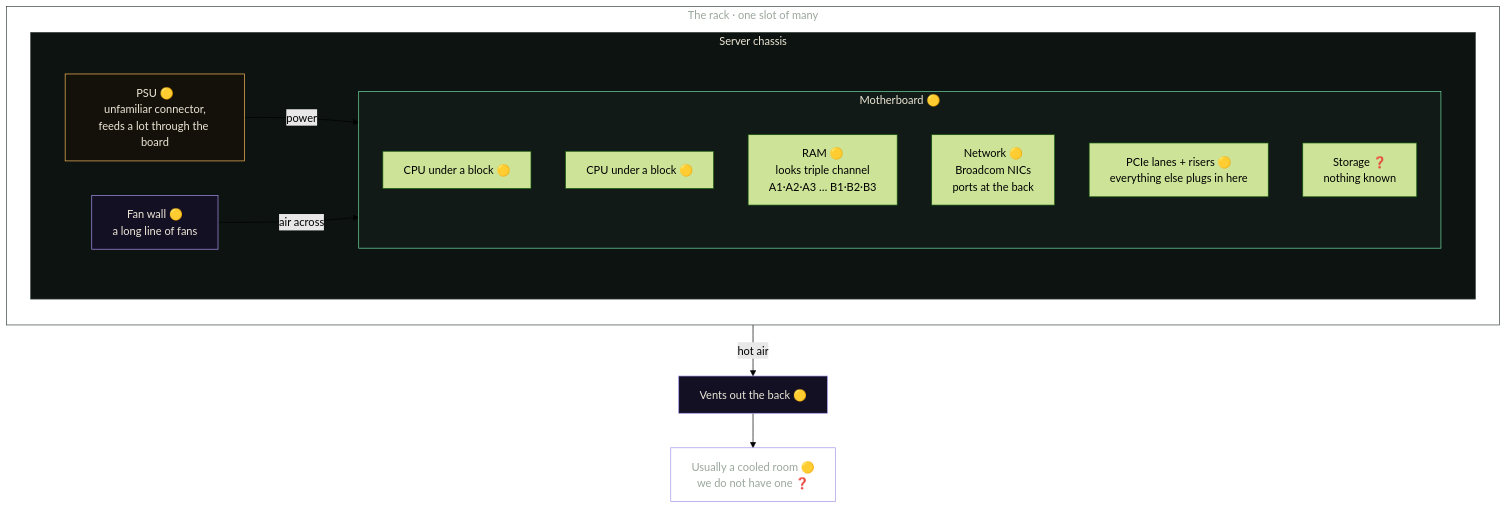
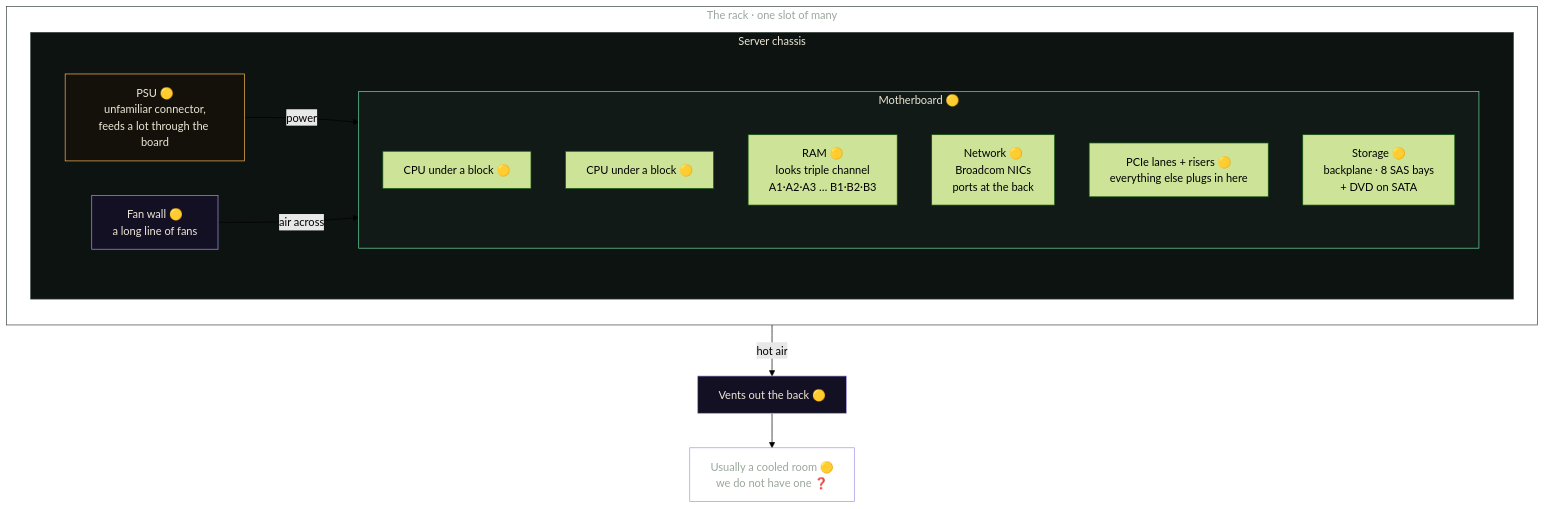
Before and after one commit to Valley-of-the-Commons/commons-spatial: the second of 2 diagrams in tech-track/server.md, drawn with Mermaid (forest theme). The commit also changed other lines of this file, not shown here.

First line of the commit message:
The drive bays, and what they decide

````diff
--- a/tech-track/server.md
+++ b/tech-track/server.md
@@ -68,32 +68,32 @@
 ```mermaid
 flowchart TB
     subgraph RACK["The rack · one slot of many"]
       direction TB
       subgraph BOX["Server chassis"]
         direction LR
         FANS["Fan wall 🟡<br/>a long line of fans"]
         subgraph BOARD["Motherboard 🟡"]
           direction TB
           CPU1["CPU under a block 🟡"]
           CPU2["CPU under a block 🟡"]
           RAM["RAM 🟡<br/>looks triple channel<br/>A1·A2·A3 … B1·B2·B3"]
           NET["Network 🟡<br/>Broadcom NICs<br/>ports at the back"]
           PCIE["PCIe lanes + risers 🟡<br/>everything else plugs in here"]
-          STOR["Storage ❓<br/>nothing known"]
+          STOR["Storage 🟡<br/>backplane · 8 SAS bays<br/>+ DVD on SATA"]
         end
         PSU["PSU 🟡<br/>unfamiliar connector,<br/>feeds a lot through the board"]
       end
     end
     PSU -->|power| BOARD
     FANS -->|air across| BOARD
     BOARD -->|hot air| VENT["Vents out the back 🟡"]
     VENT --> ROOM["Usually a cooled room 🟡<br/>we do not have one ❓"]
 
     style RACK fill:none,stroke:#3a4440,color:#9AA79C
     style BOX fill:#0d1310,stroke:#3a4440,color:#EDE7D7
     style BOARD fill:#111a16,stroke:#6FD9A2,color:#EDE7D7
     style PSU fill:#14100a,stroke:#F5B95A,color:#EDE7D7
     style FANS fill:#141024,stroke:#A594E8,color:#EDE7D7
     style VENT fill:#141024,stroke:#A594E8,color:#EDE7D7
     style ROOM fill:none,stroke:#A594E8,color:#9AA79C
 ```
````
